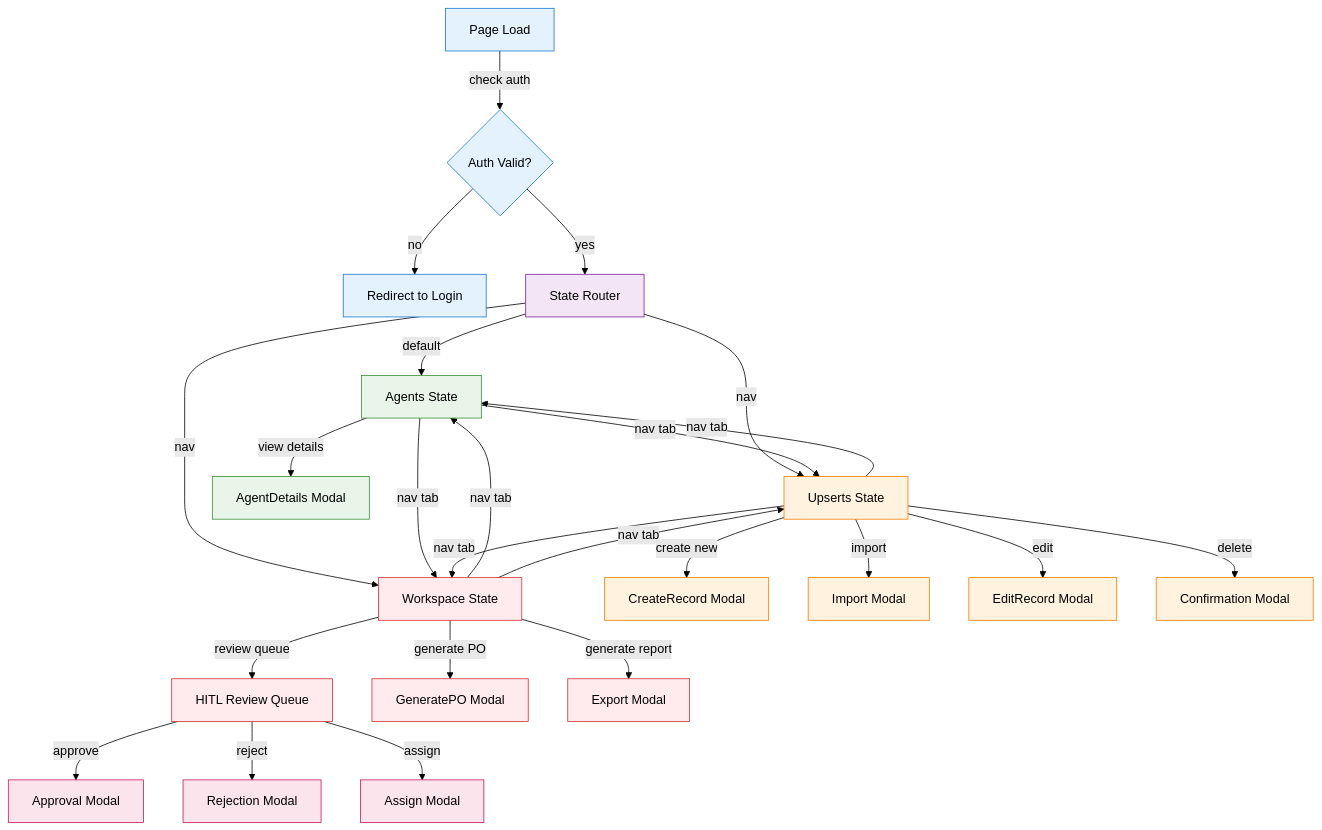
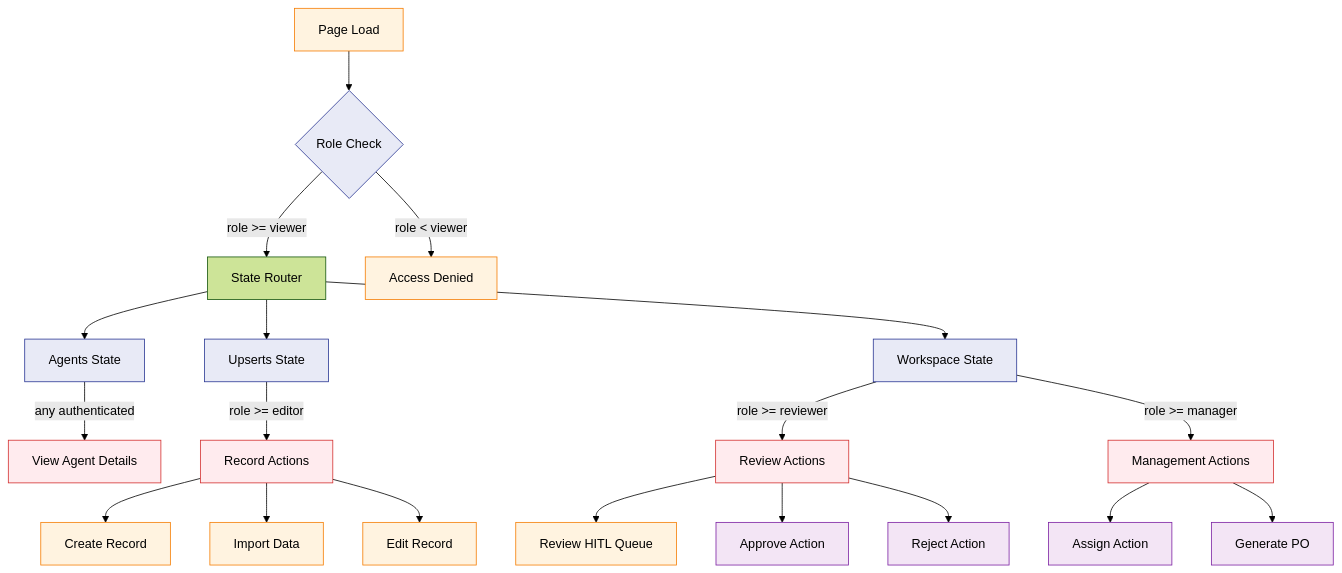
One commit to Construct-AI-primary/docs-paperclip changed diagram 12 of 13 in disciplines/01900-procurement/UI-UX-SPECIFICATION.md. Above: the diagram before and after it, drawn with Mermaid (forest theme). The commit also changed other lines of this file and 576 other files, not shown here.

First line of the commit message:
UI-UX specification updates across disciplines, new mermaid templates, knowledge templates, and project specs

````diff
--- a/disciplines/01900-procurement/UI-UX-SPECIFICATION.md
+++ b/disciplines/01900-procurement/UI-UX-SPECIFICATION.md
@@ -728,44 +735,37 @@
 ```mermaid
 flowchart TD
-    LOAD[Page Load] -->|check auth| AUTH{Auth Valid?}
-    AUTH -->|no| LOGIN[Redirect to Login]
-    AUTH -->|yes| STATE[State Router]
-    STATE -->|default| AGENTS[Agents State]
-    STATE -->|nav| UPSERT[Upserts State]
-    STATE -->|nav| WORKSPACE[Workspace State]
+    classDef page fill:#fff3e0,stroke:#f57c00
+    classDef state fill:#e8eaf6,stroke:#283593
+    classDef gate fill:#ffebee,stroke:#d32f2f
+    classDef action fill:#fff3e0,stroke:#f57c00
+    classDef modal fill:#f3e5f5,stroke:#7b1fa2
 
-    AGENTS -->|view details| AGENT_MODAL[AgentDetails Modal]
-    AGENTS -->|nav tab| UPSERT
-    AGENTS -->|nav tab| WORKSPACE
+    Load[Page Load] --> Rights{Role Check}
+    Rights -->|role >= viewer| Router[State Router]
+    Rights -->|role < viewer| Denied[Access Denied]
 
-    UPSERT -->|create new| CREATE_MODAL[CreateRecord Modal]
-    UPSERT -->|import| IMPORT_MODAL[Import Modal]
-    UPSERT -->|edit| EDIT_MODAL[EditRecord Modal]
-    UPSERT -->|delete| DELETE_MODAL[Confirmation Modal]
-    UPSERT -->|nav tab| AGENTS
-    UPSERT -->|nav tab| WORKSPACE
+    Router --> Agents[Agents State]
+    Router --> Upserts[Upserts State]
+    Router --> Workspace[Workspace State]
 
-    WORKSPACE -->|review queue| HITL_QUEUE[HITL Review Queue]
-    WORKSPACE -->|generate PO| PO_MODAL[GeneratePO Modal]
-    WORKSPACE -->|generate report| EXPORT_MODAL[Export Modal]
-    WORKSPACE -->|nav tab| AGENTS
-    WORKSPACE -->|nav tab| UPSERT
+    Agents -->|any authenticated| ViewAgent[View Agent Details]
 
-    HITL_QUEUE -->|approve| APPROVE_MODAL[Approval Modal]
-    HITL_QUEUE -->|reject| REJECT_MODAL[Rejection Modal]
-    HITL_QUEUE -->|assign| ASSIGN_MODAL[Assign Modal]
+    Upserts -->|role >= editor| RecordActions[Record Actions]
+    RecordActions --> CreateRecord[Create Record]
+    RecordActions --> ImportData[Import Data]
+    RecordActions --> EditRecord[Edit Record]
 
-    classDef auth fill:#e3f2fd,stroke:#1976d2
-    classDef state fill:#f3e5f5,stroke:#7b1fa2
-    classDef agents fill:#e8f5e8,stroke:#388e3c
-    classDef upsert fill:#fff3e0,stroke:#f57c00
-    classDef workspace fill:#ffebee,stroke:#d32f2f
-    classDef modal fill:#fce4ec,stroke:#c2185b
+    Workspace -->|role >= reviewer| ReviewActions[Review Actions]
+    ReviewActions --> ReviewQueue[Review HITL Queue]
+    ReviewActions --> ApproveAction[Approve Action]
+    ReviewActions --> RejectAction[Reject Action]
+    Workspace -->|role >= manager| ManagementActions[Management Actions]
+    ManagementActions --> AssignAction[Assign Action]
+    ManagementActions --> GeneratePO[Generate PO]
 
-    class LOAD,AUTH,LOGIN auth
-    class STATE state
-    class AGENTS,AGENT_MODAL agents
-    class UPSERT,CREATE_MODAL,IMPORT_MODAL,EDIT_MODAL,DELETE_MODAL upsert
-    class WORKSPACE,HITL_QUEUE,PO_MODAL,EXPORT_MODAL workspace
-    class APPROVE_MODAL,REJECT_MODAL,ASSIGN_MODAL modal
+    class Load,Denied page
+    class Rights,Agents,Upserts,Workspace state
+    class ViewAgent,RecordActions,ReviewActions,ManagementActions gate
+    class CreateRecord,ImportData,EditRecord,ReviewQueue action
+    class ApproveAction,RejectAction,AssignAction,GeneratePO modal
 ```
````
